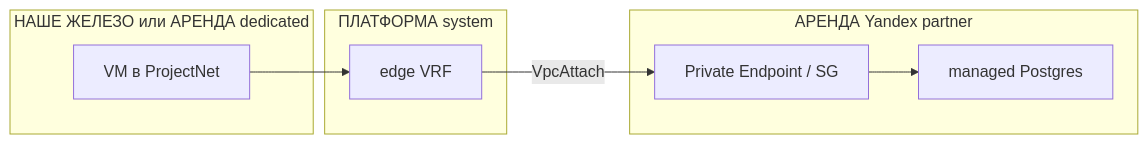
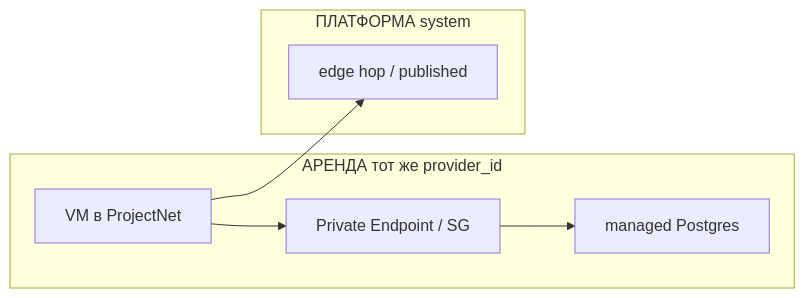
Before and after one commit to vinogradovia/ansible-devops-uslugi: the seventh of 7 diagrams in docs/adr/0028-platform-network.md, drawn with Mermaid. The commit also changed other lines of this file and 2 other files, not shown here.

````diff
--- a/docs/adr/0028-platform-network.md
+++ b/docs/adr/0028-platform-network.md
@@ -634,16 +570,14 @@
 ```mermaid
 flowchart LR
-    subgraph site [НАШЕ ЖЕЛЕЗО или АРЕНДА dedicated]
+    subgraph rent [АРЕНДА тот же provider_id]
         VM["VM в ProjectNet"]
-    end
-    subgraph plat [ПЛАТФОРМА system]
-        Edge["edge VRF"]
-    end
-    subgraph yx [АРЕНДА Yandex partner]
         Ep["Private Endpoint / SG"]
         Db["managed Postgres"]
     end
+    subgraph plat [ПЛАТФОРМА system]
+        Edge["edge hop / published"]
+    end
+    VM --> Ep
+    Ep --> Db
     VM --> Edge
-    Edge -->|"VpcAttach"| Ep
-    Ep --> Db
 ```
````
